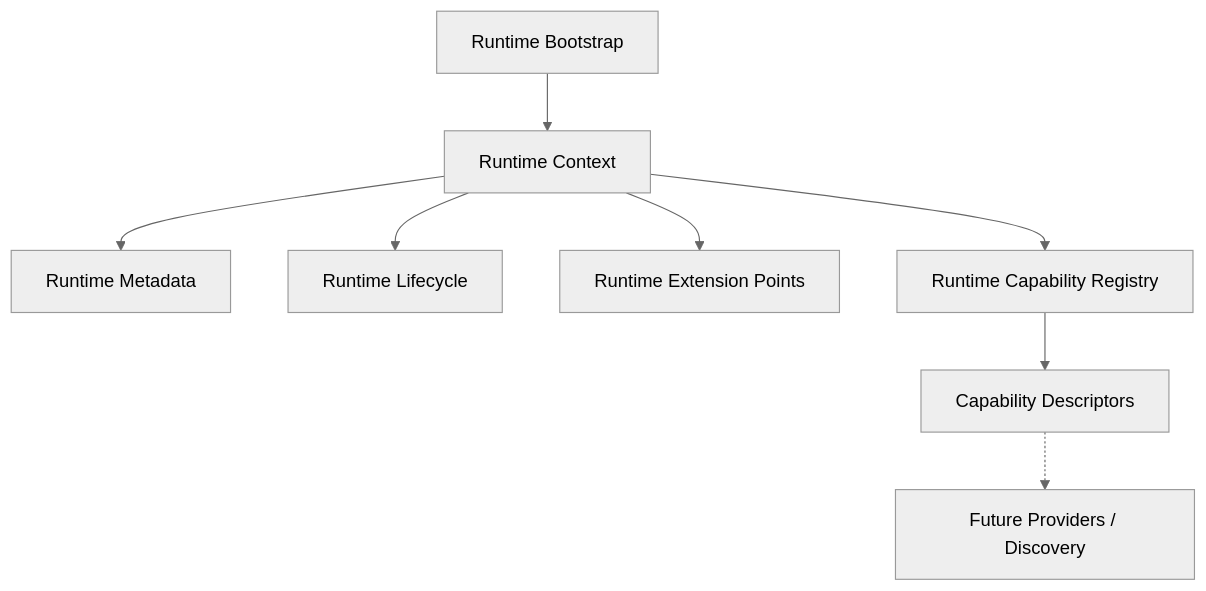
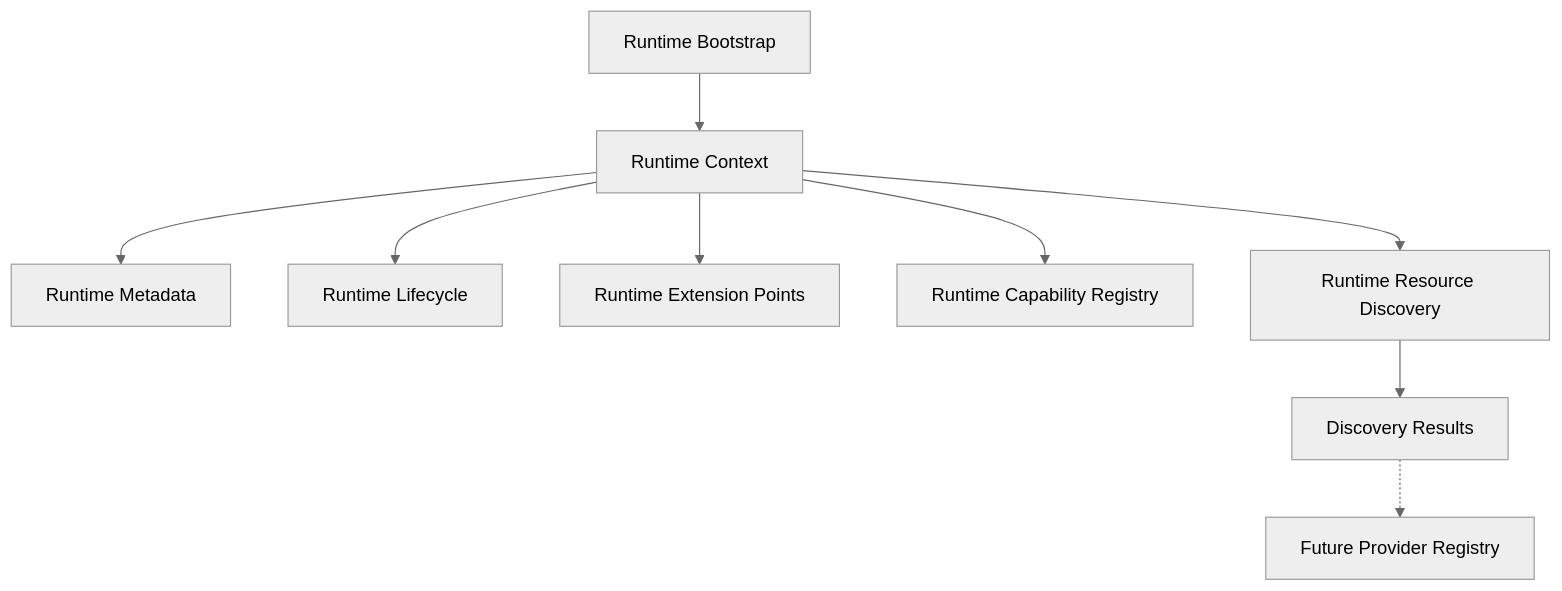
The diagram in docs/architecture/runtime/RUNTIME_ARCHITECTURE.md (RudraNarayanRoy01/ClipForge), drawn with Mermaid (neutral theme) before and after one commit. The commit also changed other lines of this file and 6 other files, not shown here.

Commit message:
feat(runtime): Batch 6.1.5 establish runtime resource discovery foundation

````diff
--- a/docs/architecture/runtime/RUNTIME_ARCHITECTURE.md
+++ b/docs/architecture/runtime/RUNTIME_ARCHITECTURE.md
@@ -61,23 +63,25 @@
 ```mermaid
 flowchart TD
     Bootstrap[Runtime Bootstrap]
     
     Context[Runtime Context]
     Bootstrap --> Context
     
     Metadata[Runtime Metadata]
     Lifecycle[Runtime Lifecycle]
     Extensions[Runtime Extension Points]
     Registry[Runtime Capability Registry]
     
     Context --> Metadata
     Context --> Lifecycle
     Context --> Extensions
     Context --> Registry
+    Context --> Discovery
     
-    Descriptors[Capability Descriptors]
-    Registry --> Descriptors
+    Discovery[Runtime Resource Discovery]
+    Results[Discovery Results]
+    Discovery --> Results
     
-    Runtime[Future Providers / Discovery]
-    Descriptors -.-> Runtime
+    Runtime[Future Provider Registry]
+    Results -.-> Runtime
 ```
````
